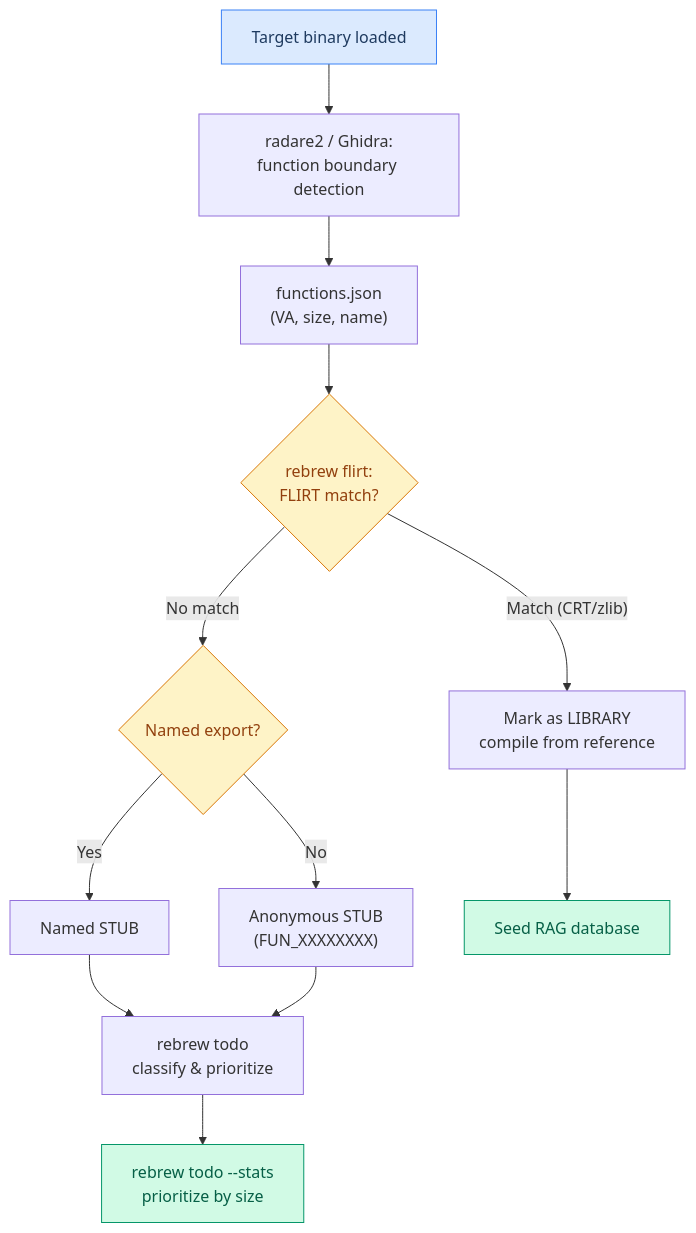
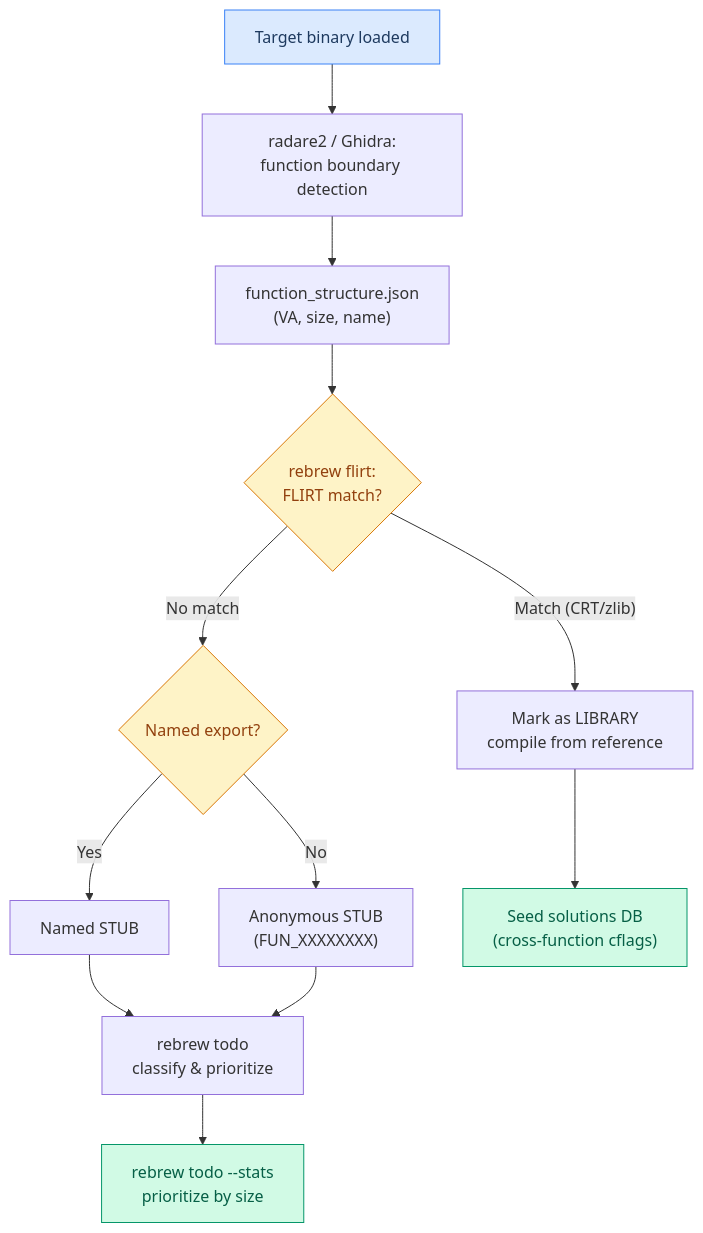
The third of 16 diagrams in docs/USER_STORIES.md (maci0/rebrew), drawn with Mermaid before and after one commit. The commit also changed other lines of this file and 11 other files, not shown here.

First line of the commit message:
docs, skills, flowcharts synced to the CLI; globals.status persisted

````diff
--- a/docs/USER_STORIES.md
+++ b/docs/USER_STORIES.md
@@ -82,20 +82,20 @@
 ```mermaid
 graph TD
     A["Target binary loaded"] --> B["radare2 / Ghidra:<br/>function boundary detection"]
-    B --> C["functions.json<br/>(VA, size, name)"]
+    B --> C["function_structure.json<br/>(VA, size, name)"]
     C --> D{"rebrew flirt:<br/>FLIRT match?"}
     D -->|"Match (CRT/zlib)"| E["Mark as LIBRARY<br/>compile from reference"]
     D -->|"No match"| F{"Named export?"}
     F -->|Yes| G["Named STUB"]
     F -->|No| H["Anonymous STUB<br/>(FUN_XXXXXXXX)"]
-    E --> I["Seed RAG database"]
+    E --> I["Seed solutions DB<br/>(cross-function cflags)"]
     G --> T["rebrew todo<br/>classify & prioritize"]
     H --> T
     T --> J["rebrew todo --stats<br/>prioritize by size"]
 
     style A fill:#dbeafe,stroke:#3b82f6,color:#1e3a5f
     style I fill:#d1fae5,stroke:#059669,color:#065f46
     style J fill:#d1fae5,stroke:#059669,color:#065f46
     style D fill:#fef3c7,stroke:#d97706,color:#92400e
     style F fill:#fef3c7,stroke:#d97706,color:#92400e
 ```
````
